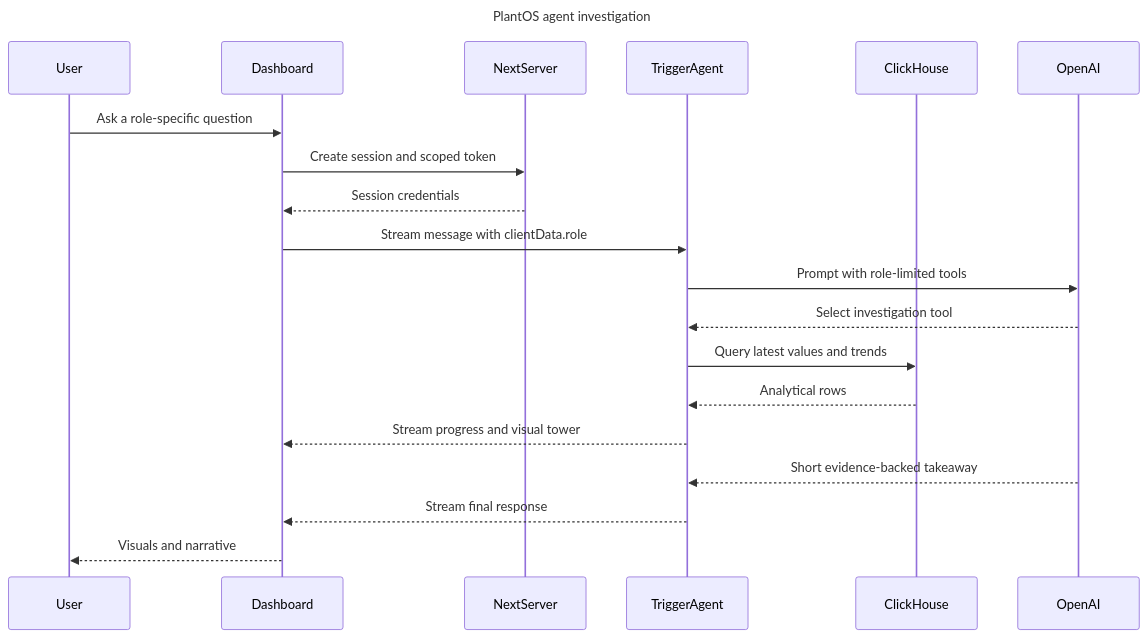
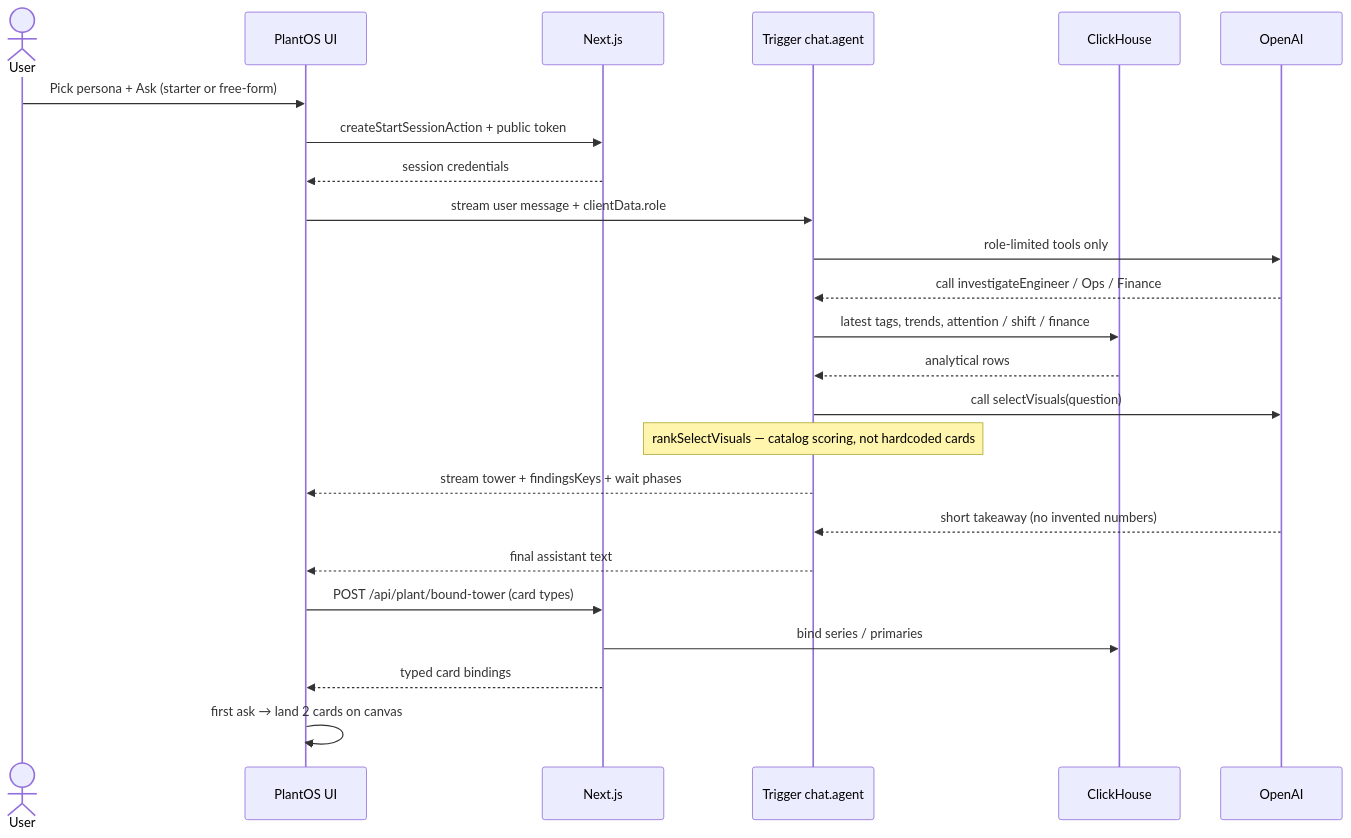
One commit to ali-amjad52114/PlantOS changed the second of 2 diagrams in README.md. Above: the diagram before and after it, drawn with Mermaid. The commit also changed other lines of this file and 9 other files, not shown here.

First line of the commit message:
Add PlantOS landing with live card showcase and move the app to /panel.

````diff
--- a/README.md
+++ b/README.md
@@ -176,23 +121,27 @@
 ```mermaid
 sequenceDiagram
-    title PlantOS agent investigation
-    participant User
-    participant Dashboard
-    participant NextServer
-    participant TriggerAgent
-    participant ClickHouse
-    participant OpenAI
+    actor U as User
+    participant UI as PlantOS UI
+    participant Next as Next.js
+    participant Ag as Trigger chat.agent
+    participant CH as ClickHouse
+    participant LLM as OpenAI
 
-    User->>Dashboard: Ask a role-specific question
-    Dashboard->>NextServer: Create session and scoped token
-    NextServer-->>Dashboard: Session credentials
-    Dashboard->>TriggerAgent: Stream message with clientData.role
-    TriggerAgent->>OpenAI: Prompt with role-limited tools
-    OpenAI-->>TriggerAgent: Select investigation tool
-    TriggerAgent->>ClickHouse: Query latest values and trends
-    ClickHouse-->>TriggerAgent: Analytical rows
-    TriggerAgent-->>Dashboard: Stream progress and visual tower
-    OpenAI-->>TriggerAgent: Short evidence-backed takeaway
-    TriggerAgent-->>Dashboard: Stream final response
-    Dashboard-->>User: Visuals and narrative
+    U->>UI: Pick persona + Ask (starter or free-form)
+    UI->>Next: createStartSessionAction + public token
+    Next-->>UI: session credentials
+    UI->>Ag: stream user message + clientData.role
+    Ag->>LLM: role-limited tools only
+    LLM-->>Ag: call investigateEngineer / Ops / Finance
+    Ag->>CH: latest tags, trends, attention / shift / finance
+    CH-->>Ag: analytical rows
+    Ag->>LLM: call selectVisuals(question)
+    Note over Ag: rankSelectVisuals — catalog scoring, not hardcoded cards
+    Ag-->>UI: stream tower + findingsKeys + wait phases
+    LLM-->>Ag: short takeaway (no invented numbers)
+    Ag-->>UI: final assistant text
+    UI->>Next: POST /api/plant/bound-tower (card types)
+    Next->>CH: bind series / primaries
+    Next-->>UI: typed card bindings
+    UI->>UI: first ask → land 2 cards on canvas
 ```
````
